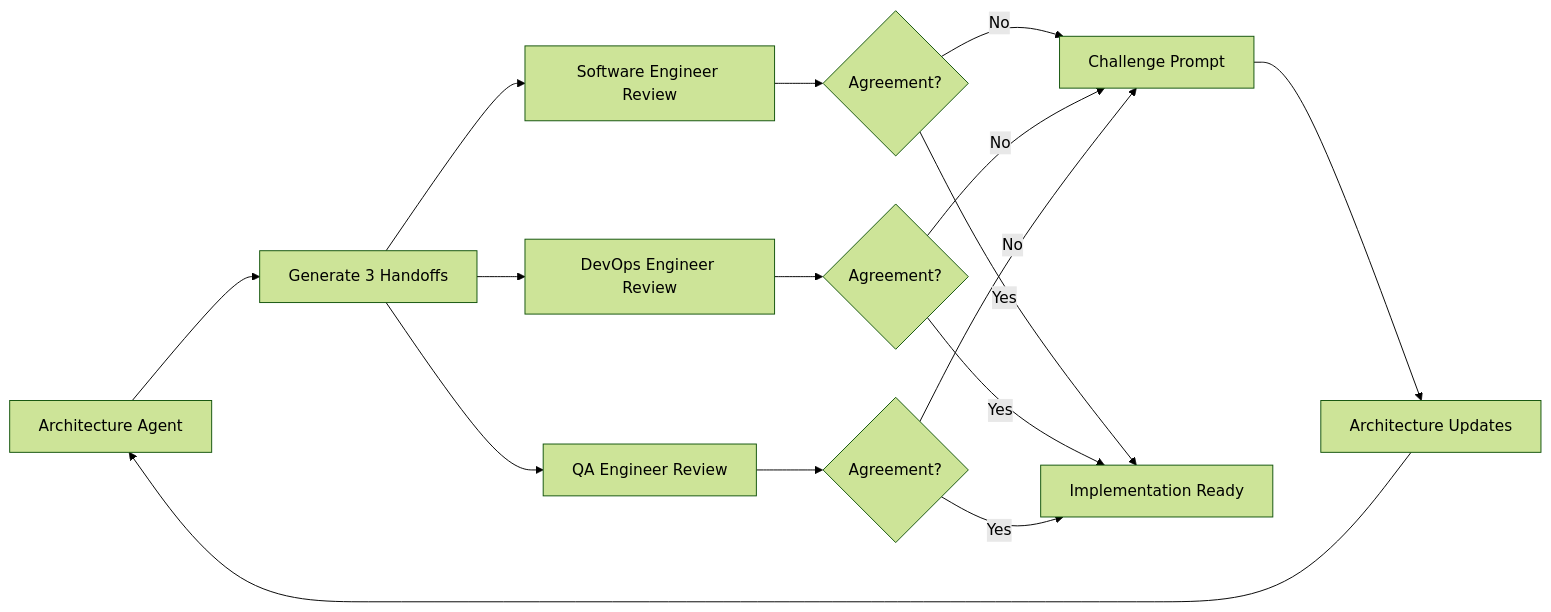
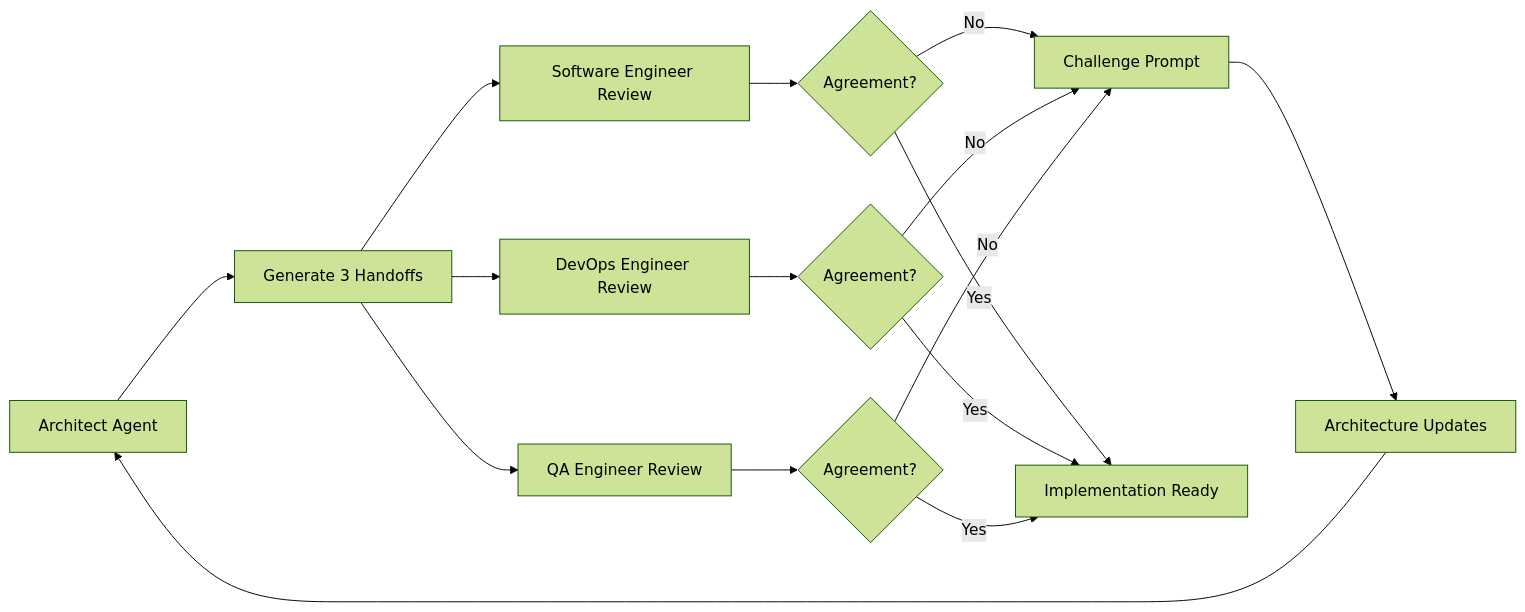
One commit to jnhaffey/AI-Agent-Project-Instruction-Generator changed the diagram in Diagrams/Challenge-Agreement-Loop.mermaid. Above: the diagram before and after it, drawn with Mermaid (forest theme). The commit also changed 8 other files, not shown here.

First line of the commit message:
Rename Architecture Agent to Architect Agent

```diff
--- a/Diagrams/Challenge-Agreement-Loop.mermaid
+++ b/Diagrams/Challenge-Agreement-Loop.mermaid
@@ -1,16 +1,16 @@
 graph LR
-    A[Architecture Agent] --> B[Generate 3 Handoffs]
+    A[Architect Agent] --> B[Generate 3 Handoffs]
     B --> C[Software Engineer Review]
     B --> D[DevOps Engineer Review]
     B --> E[QA Engineer Review]
     C --> F{Agreement?}
     D --> G{Agreement?}
     E --> H{Agreement?}
     F -->|No| I[Challenge Prompt]
     G -->|No| I
     H -->|No| I
     I --> J[Architecture Updates]
     J --> A
     F -->|Yes| K[Implementation Ready]
     G -->|Yes| K
     H -->|Yes| K
```
